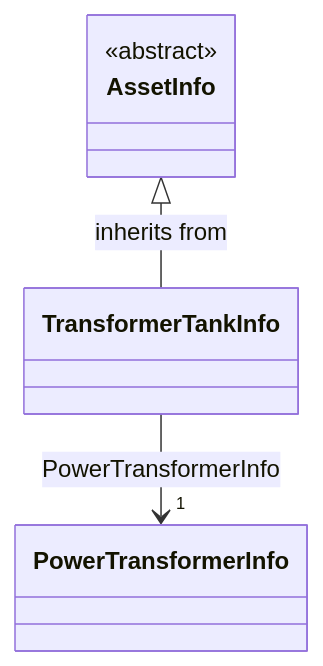
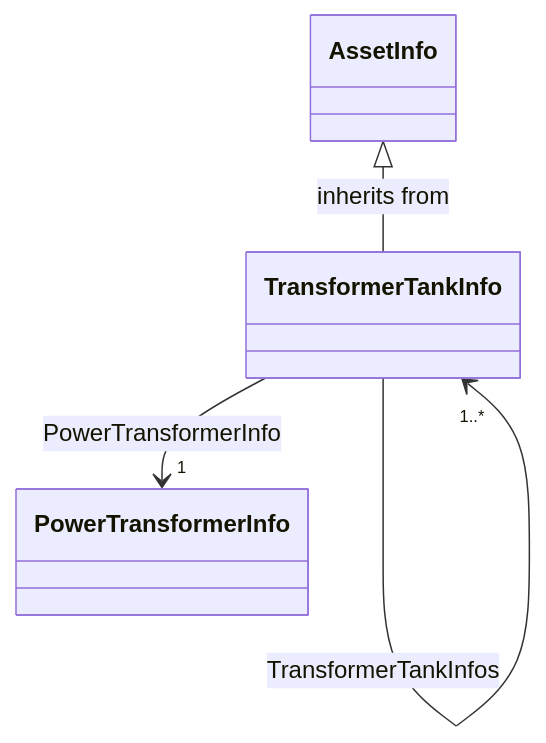
One commit to PNNL-CIM-Tools/CIM-Graph changed the seventh of 14 diagrams in cimgraph/data_profile/cim18gmdm/asset/Asset.rdfs-t2b.md. Above: the diagram before and after it, drawn with Mermaid. The commit also changed other lines of this file and 4 other files, not shown here.

````diff
--- a/cimgraph/data_profile/cim18gmdm/asset/Asset.rdfs-t2b.md
+++ b/cimgraph/data_profile/cim18gmdm/asset/Asset.rdfs-t2b.md
@@ -375,17 +351,8 @@
 ```mermaid
 classDiagram
-direction TB
-
-class TransformerTankInfo {
+class TransformerTankInfo{
 }
-
-class AssetInfo {
-<<abstract>>
-}
-
 AssetInfo <|-- TransformerTankInfo : inherits from
-class PowerTransformerInfo {
-}
-
 TransformerTankInfo --> "1" PowerTransformerInfo : PowerTransformerInfo
+TransformerTankInfo --> "1..*" TransformerTankInfo : TransformerTankInfos
 ```
````
